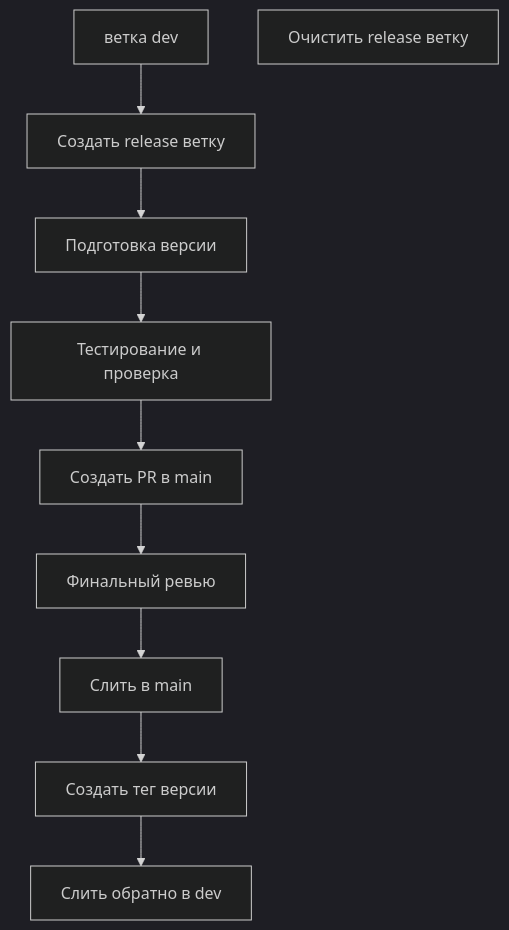
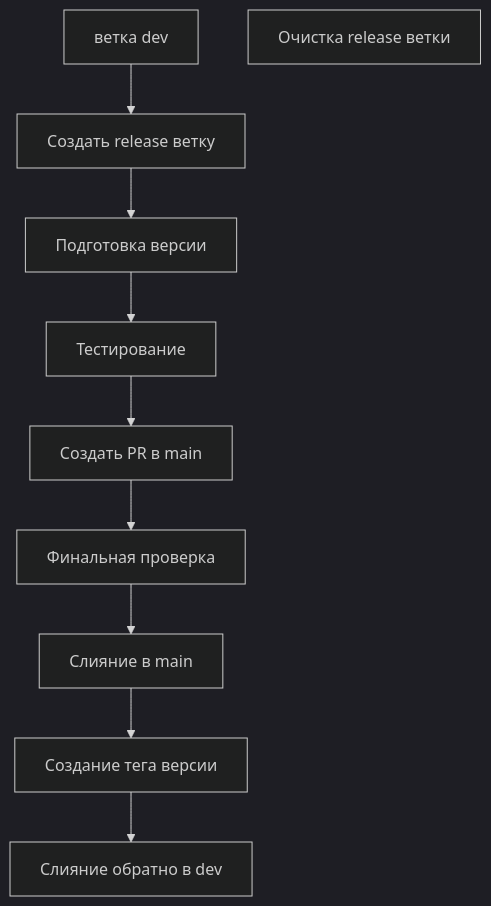
The third of 3 diagrams in docs/src/ru/dev/branch-maintenance-guide.md (ChenXu233/YaoXiang), drawn with Mermaid (dark theme) before and after one commit. The commit also changed other lines of this file and 236 other files, not shown here.

````diff
--- a/docs/src/ru/dev/branch-maintenance-guide.md
+++ b/docs/src/ru/dev/branch-maintenance-guide.md
@@ -181,12 +181,12 @@
 ```mermaid
 graph TD
     A[ветка dev] --> B[Создать release ветку]
     B --> C[Подготовка версии]
-    C --> D[Тестирование и проверка]
+    C --> D[Тестирование]
     D --> E[Создать PR в main]
-    E --> F[Финальный ревью]
-    F --> G[Слить в main]
-    G --> H[Создать тег версии]
-    H --> I[Слить обратно в dev]
-    J[Очистить release ветку]
+    E --> F[Финальная проверка]
+    F --> G[Слияние в main]
+    G --> H[Создание тега версии]
+    H --> I[Слияние обратно в dev]
+    J[Очистка release ветки]
 ```
````
